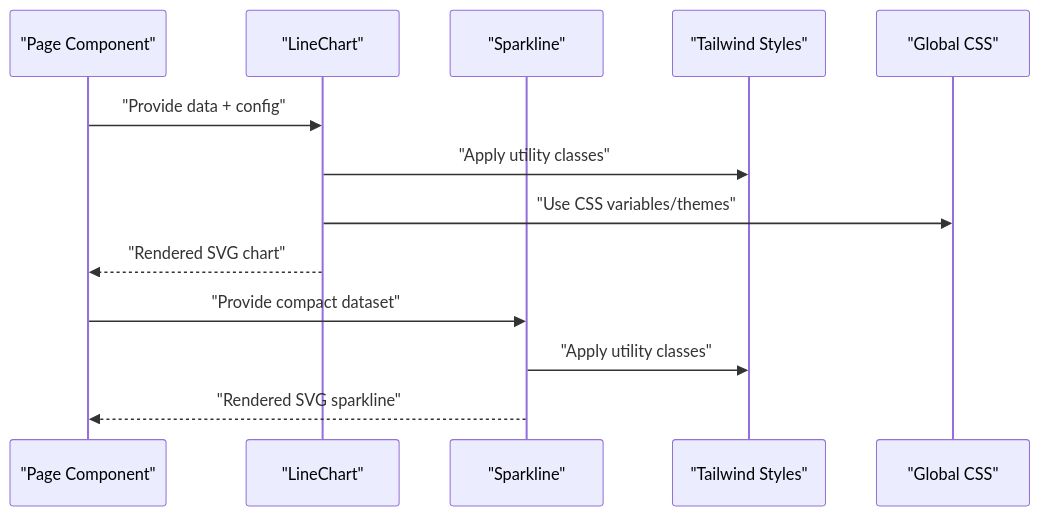
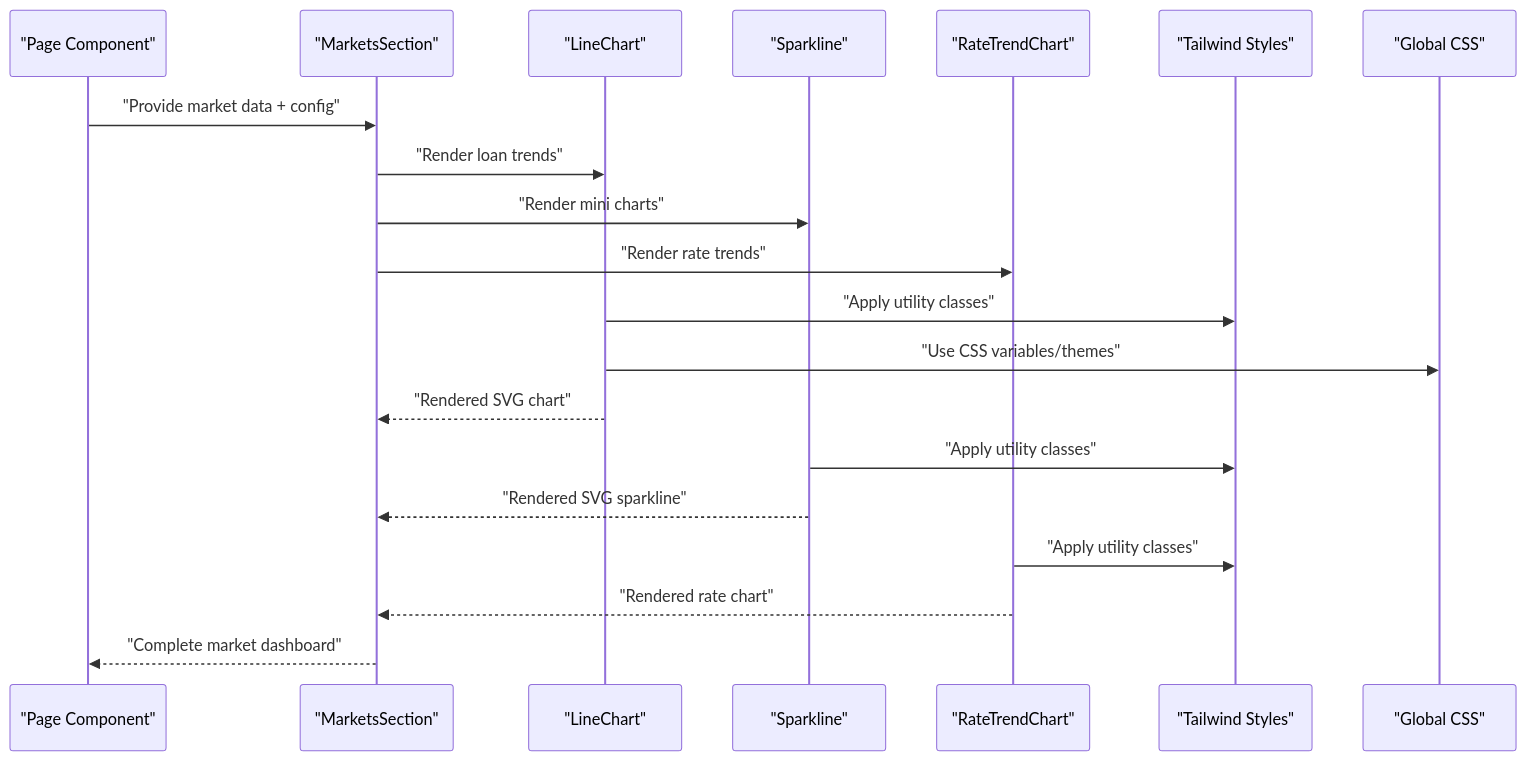
One commit to alibaba-hackathon-fsi/frontend-vaya changed the second of 7 diagrams in .qoder/repowiki/en/content/Data Visualization/Data Visualization.md. Above: the diagram before and after it, drawn with Mermaid. The commit also changed other lines of this file and 36 other files, not shown here.

````diff
--- a/.qoder/repowiki/en/content/Data Visualization/Data Visualization.md
+++ b/.qoder/repowiki/en/content/Data Visualization/Data Visualization.md
@@ -83,15 +109,22 @@
 ```mermaid
 sequenceDiagram
 participant Page as "Page Component"
+participant Markets as "MarketsSection"
 participant Line as "LineChart"
 participant Spark as "Sparkline"
+participant Rate as "RateTrendChart"
 participant Tailwind as "Tailwind Styles"
 participant CSS as "Global CSS"
-Page->>Line : "Provide data + config"
+Page->>Markets : "Provide market data + config"
+Markets->>Line : "Render loan trends"
+Markets->>Spark : "Render mini charts"
+Markets->>Rate : "Render rate trends"
 Line->>Tailwind : "Apply utility classes"
 Line->>CSS : "Use CSS variables/themes"
-Line-->>Page : "Rendered SVG chart"
-Page->>Spark : "Provide compact dataset"
+Line-->>Markets : "Rendered SVG chart"
 Spark->>Tailwind : "Apply utility classes"
-Spark-->>Page : "Rendered SVG sparkline"
+Spark-->>Markets : "Rendered SVG sparkline"
+Rate->>Tailwind : "Apply utility classes"
+Rate-->>Markets : "Rendered rate chart"
+Markets-->>Page : "Complete market dashboard"
 ```
````
